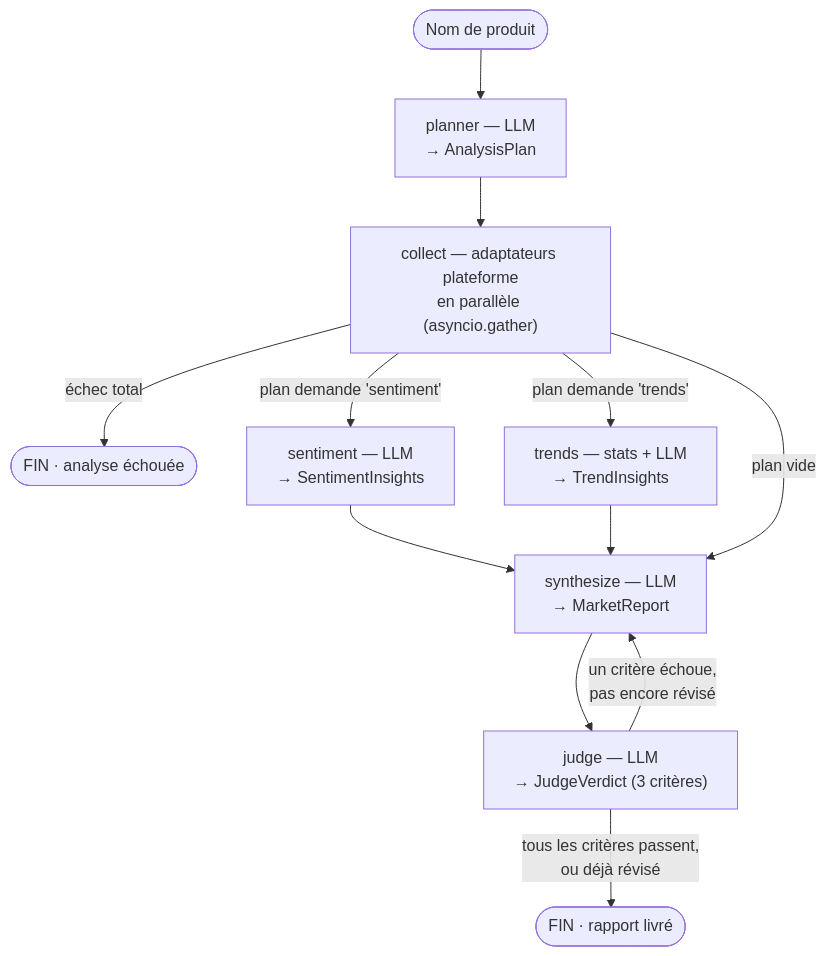
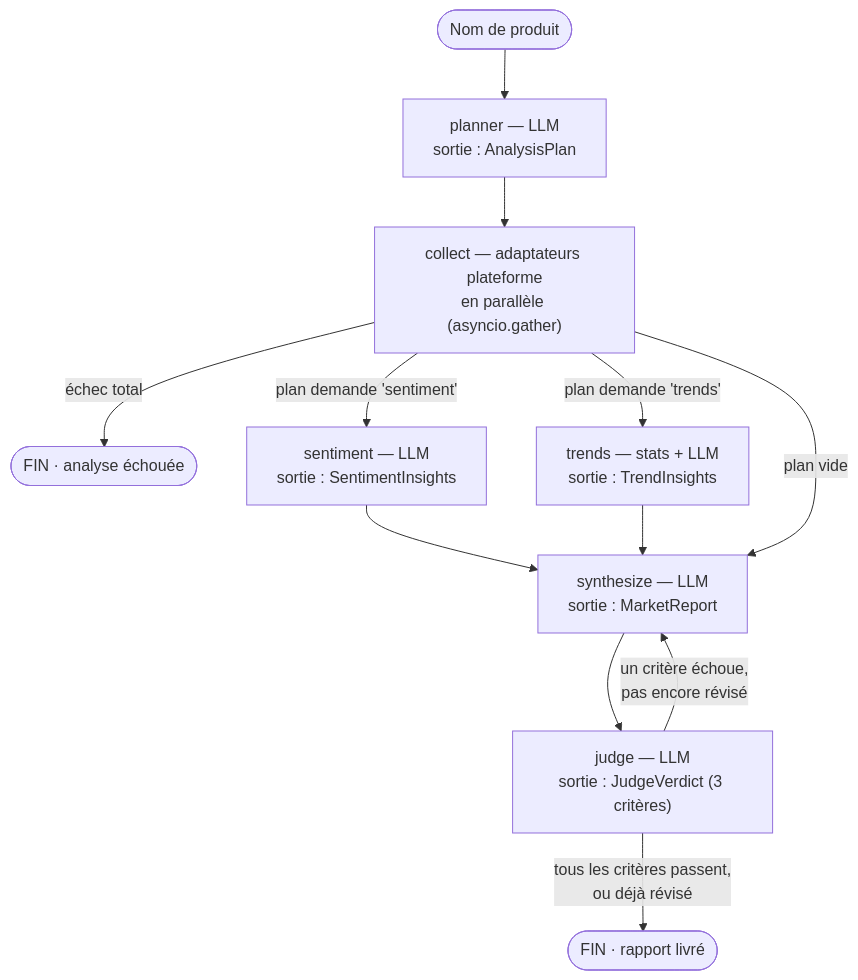
One commit to NicoHirab/market-analysis-agent changed the diagram in README.md. Above: the diagram before and after it, drawn with Mermaid. The commit also changed other lines of this file and 1 other file, not shown here.

````diff
--- a/README.md
+++ b/README.md
@@ -42,14 +41,14 @@
 ```mermaid
 flowchart TD
-    START(["Nom de produit"]) --> PLANNER["planner — LLM<br/>→ AnalysisPlan"]
+    START(["Nom de produit"]) --> PLANNER["planner — LLM<br/>sortie : AnalysisPlan"]
     PLANNER --> COLLECT["collect — adaptateurs plateforme<br/>en parallèle (asyncio.gather)"]
     COLLECT -->|"échec total"| KO(["FIN · analyse échouée"])
-    COLLECT -->|"plan demande 'sentiment'"| SENTIMENT["sentiment — LLM<br/>→ SentimentInsights"]
-    COLLECT -->|"plan demande 'trends'"| TRENDS["trends — stats + LLM<br/>→ TrendInsights"]
-    SENTIMENT --> SYNTH["synthesize — LLM<br/>→ MarketReport"]
+    COLLECT -->|"plan demande 'sentiment'"| SENTIMENT["sentiment — LLM<br/>sortie : SentimentInsights"]
+    COLLECT -->|"plan demande 'trends'"| TRENDS["trends — stats + LLM<br/>sortie : TrendInsights"]
+    SENTIMENT --> SYNTH["synthesize — LLM<br/>sortie : MarketReport"]
     TRENDS --> SYNTH
     COLLECT -->|"plan vide"| SYNTH
-    SYNTH --> JUDGE["judge — LLM<br/>→ JudgeVerdict (3 critères)"]
+    SYNTH --> JUDGE["judge — LLM<br/>sortie : JudgeVerdict (3 critères)"]
     JUDGE -->|"un critère échoue,<br/>pas encore révisé"| SYNTH
     JUDGE -->|"tous les critères passent,<br/>ou déjà révisé"| OK(["FIN · rapport livré"])
 ```
````
